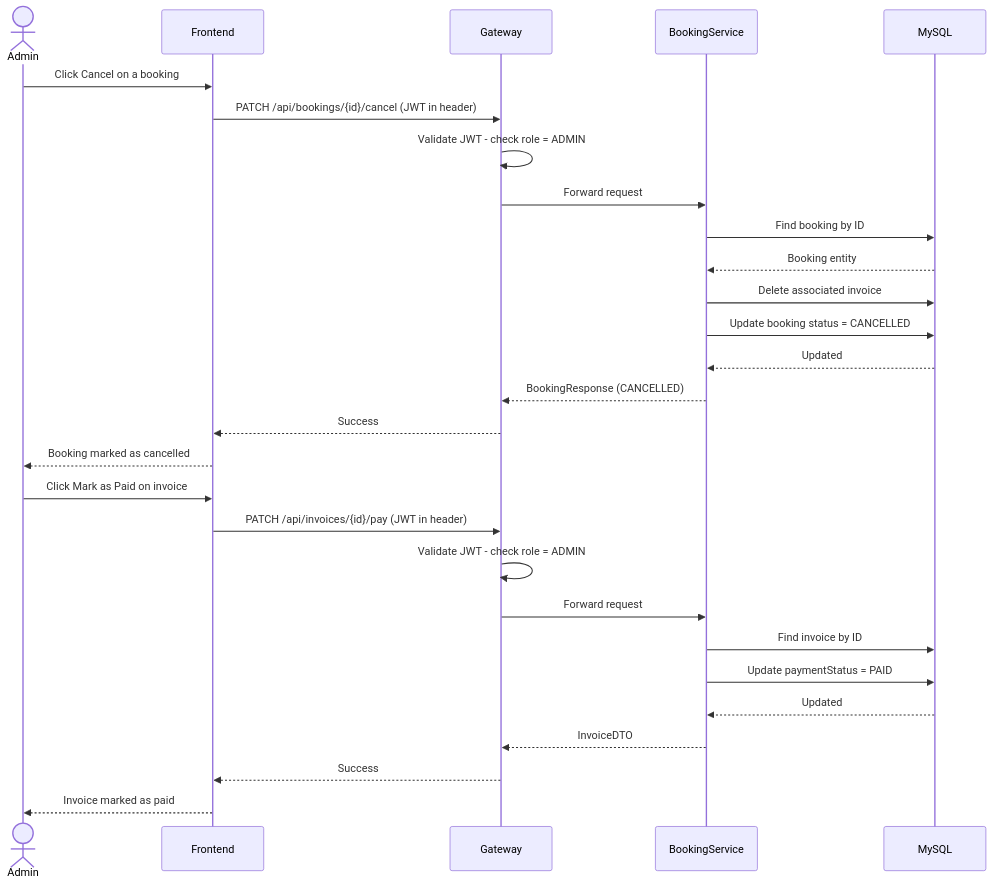
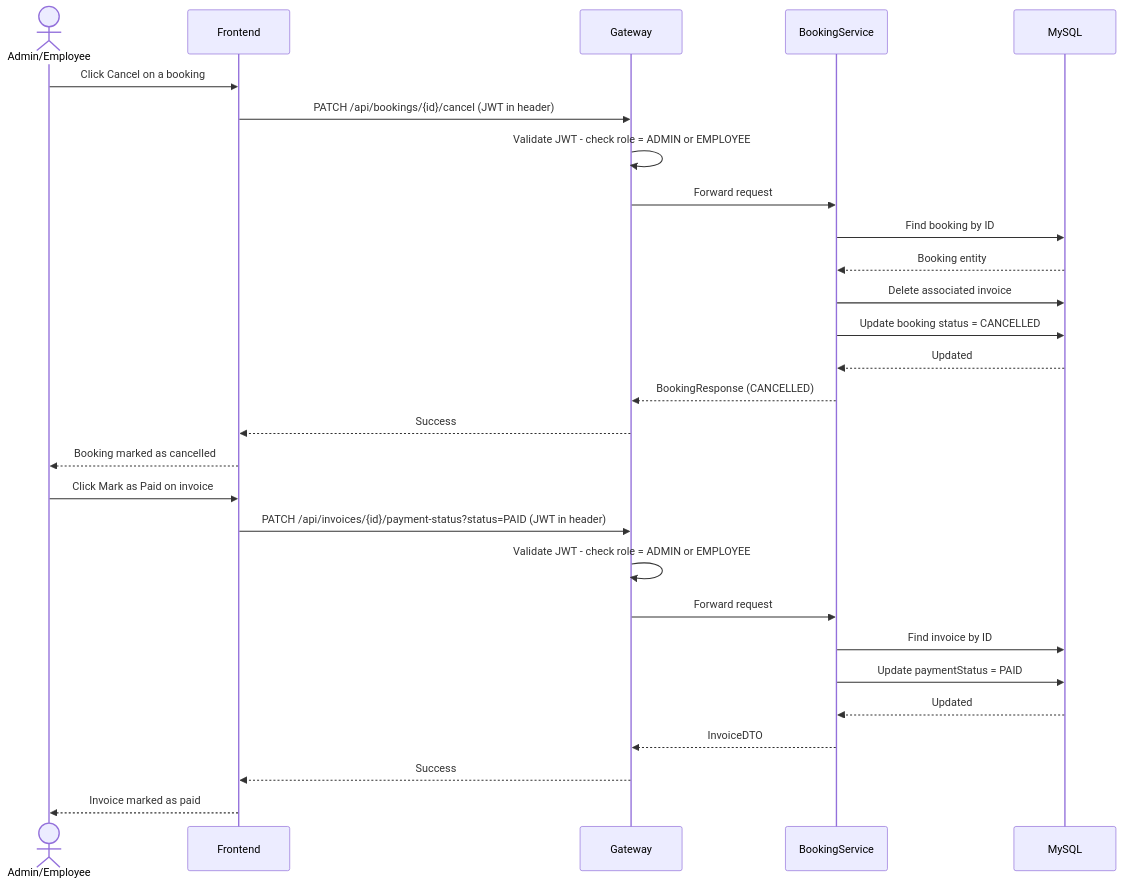
The seventh of 9 diagrams in SRS.md (Stain04/Cowork-hub), drawn with Mermaid before and after one commit. The commit also changed other lines of this file, not shown here.

````diff
--- a/SRS.md
+++ b/SRS.md
@@ -683,32 +858,32 @@
 ```mermaid
 sequenceDiagram
-    actor Admin
+    actor Staff as Admin/Employee
     participant Frontend
     participant Gateway
     participant BookingService
     participant MySQL
 
-    Admin->>Frontend: Click Cancel on a booking
+    Staff->>Frontend: Click Cancel on a booking
     Frontend->>Gateway: PATCH /api/bookings/{id}/cancel (JWT in header)
-    Gateway->>Gateway: Validate JWT - check role = ADMIN
+    Gateway->>Gateway: Validate JWT - check role = ADMIN or EMPLOYEE
     Gateway->>BookingService: Forward request
     BookingService->>MySQL: Find booking by ID
     MySQL-->>BookingService: Booking entity
     BookingService->>MySQL: Delete associated invoice
     BookingService->>MySQL: Update booking status = CANCELLED
     MySQL-->>BookingService: Updated
     BookingService-->>Gateway: BookingResponse (CANCELLED)
     Gateway-->>Frontend: Success
-    Frontend-->>Admin: Booking marked as cancelled
+    Frontend-->>Staff: Booking marked as cancelled
 
-    Admin->>Frontend: Click Mark as Paid on invoice
-    Frontend->>Gateway: PATCH /api/invoices/{id}/pay (JWT in header)
-    Gateway->>Gateway: Validate JWT - check role = ADMIN
+    Staff->>Frontend: Click Mark as Paid on invoice
+    Frontend->>Gateway: PATCH /api/invoices/{id}/payment-status?status=PAID (JWT in header)
+    Gateway->>Gateway: Validate JWT - check role = ADMIN or EMPLOYEE
     Gateway->>BookingService: Forward request
     BookingService->>MySQL: Find invoice by ID
     BookingService->>MySQL: Update paymentStatus = PAID
     MySQL-->>BookingService: Updated
     BookingService-->>Gateway: InvoiceDTO
     Gateway-->>Frontend: Success
-    Frontend-->>Admin: Invoice marked as paid
+    Frontend-->>Staff: Invoice marked as paid
 ```
````
